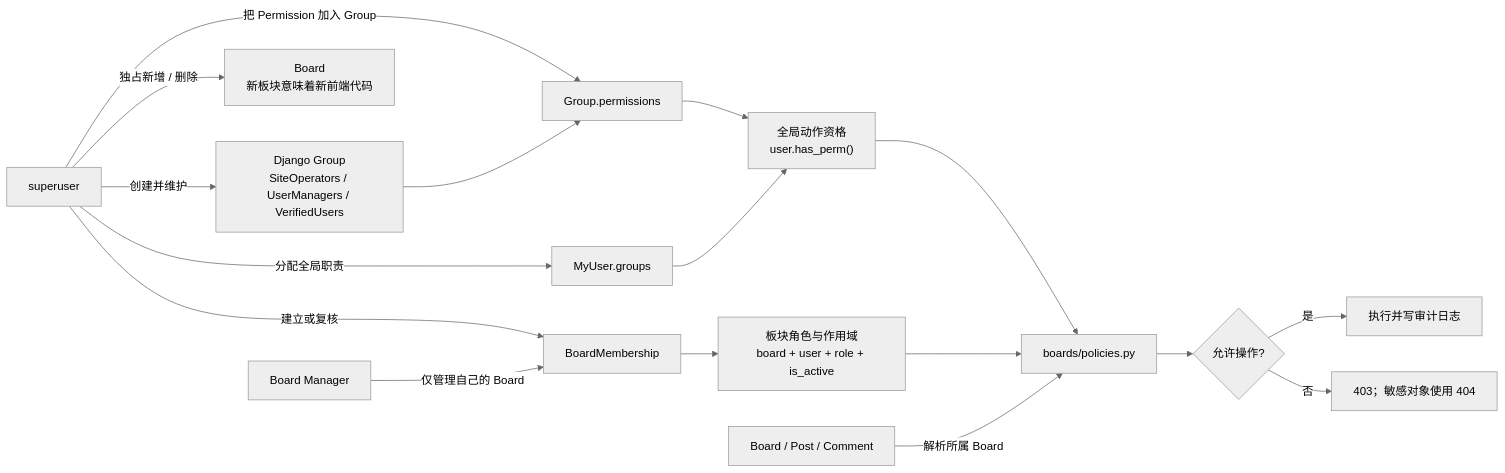
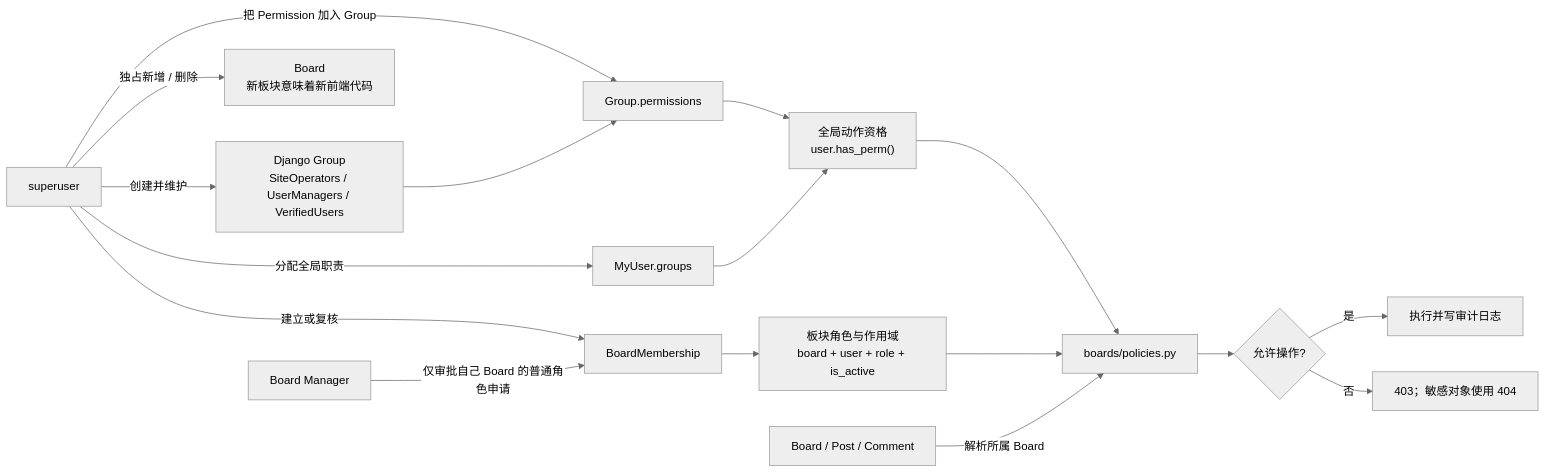
One commit to se-veN714/PowerAdapterBlogs changed the third of 6 diagrams in accounts/PERMISSIONS_GUIDE.md. Above: the diagram before and after it, drawn with Mermaid (neutral theme). The commit also changed other lines of this file and 76 other files, not shown here.

````diff
--- a/accounts/PERMISSIONS_GUIDE.md
+++ b/accounts/PERMISSIONS_GUIDE.md
@@ -242,21 +248,21 @@
 ```mermaid
 flowchart LR
     SU["superuser"] -->|创建并维护| GROUP["Django Group<br/>SiteOperators / UserManagers / VerifiedUsers"]
     SU -->|把 Permission 加入 Group| GPERM["Group.permissions"]
     GROUP --> GPERM
     SU -->|分配全局职责| UGROUP["MyUser.groups"]
     GPERM --> GLOBAL["全局动作资格<br/>user.has_perm()"]
     UGROUP --> GLOBAL
 
     SU -->|建立或复核| MEMBER["BoardMembership"]
     SU -->|独占新增 / 删除| BOARD["Board<br/>新板块意味着新前端代码"]
-    MANAGER["Board Manager"] -->|仅管理自己的 Board| MEMBER
+    MANAGER["Board Manager"] -->|仅审批自己 Board 的普通角色申请| MEMBER
     MEMBER --> ROLE["板块角色与作用域<br/>board + user + role + is_active"]
 
     GLOBAL --> POLICY["boards/policies.py"]
     ROLE --> POLICY
     OBJECT["Board / Post / Comment"] -->|解析所属 Board| POLICY
     POLICY --> RESULT{"允许操作?"}
     RESULT -->|是| ALLOW["执行并写审计日志"]
     RESULT -->|否| DENY["403；敏感对象使用 404"]
 ```
````
